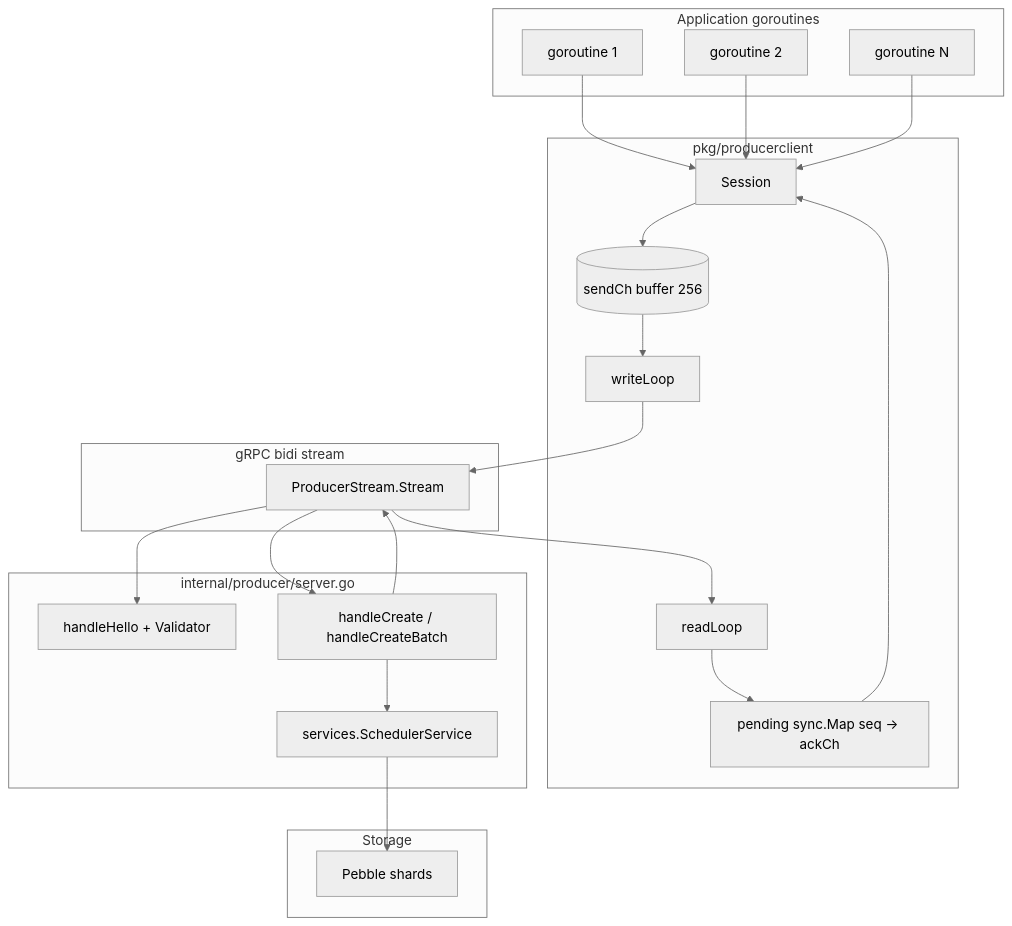
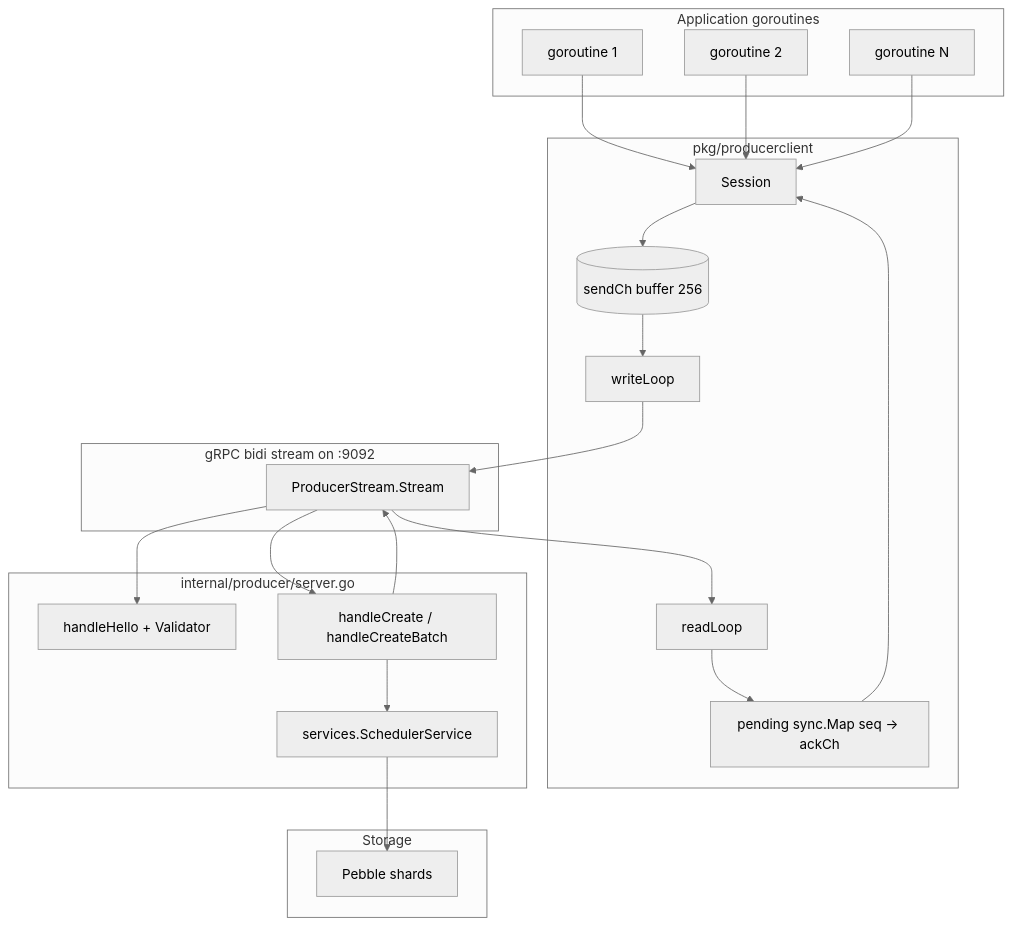
One commit to osvaldoandrade/codeq changed the first of 4 diagrams in docs/35-producer-streaming-sdk.md. Above: the diagram before and after it, drawn with Mermaid (neutral theme). The commit also changed other lines of this file and 2 other files, not shown here.

````diff
--- a/docs/35-producer-streaming-sdk.md
+++ b/docs/35-producer-streaming-sdk.md
@@ -68,40 +51,40 @@
 ```mermaid
 graph TB
   subgraph Caller[Application goroutines]
     G1[goroutine 1]
     G2[goroutine 2]
     G3[goroutine N]
   end
   subgraph SDK[pkg/producerclient]
     SESS[Session]
     SENDCH[(sendCh buffer 256)]
     WRITE[writeLoop]
     READ[readLoop]
     PEND[pending sync.Map seq -> ackCh]
   end
-  subgraph Wire[gRPC bidi stream]
+  subgraph Wire[gRPC bidi stream on :9092]
     STREAM[ProducerStream.Stream]
   end
   subgraph Server[internal/producer/server.go]
     HELLO[handleHello + Validator]
     HANDLE[handleCreate / handleCreateBatch]
     SVC[services.SchedulerService]
   end
   subgraph Storage
     PEB[Pebble shards]
   end
   G1 --> SESS
   G2 --> SESS
   G3 --> SESS
   SESS --> SENDCH
   SENDCH --> WRITE
   WRITE --> STREAM
   STREAM --> HELLO
   STREAM --> HANDLE
   HANDLE --> SVC
   SVC --> PEB
   HANDLE --> STREAM
   STREAM --> READ
   READ --> PEND
   PEND --> SESS
 ```
````
